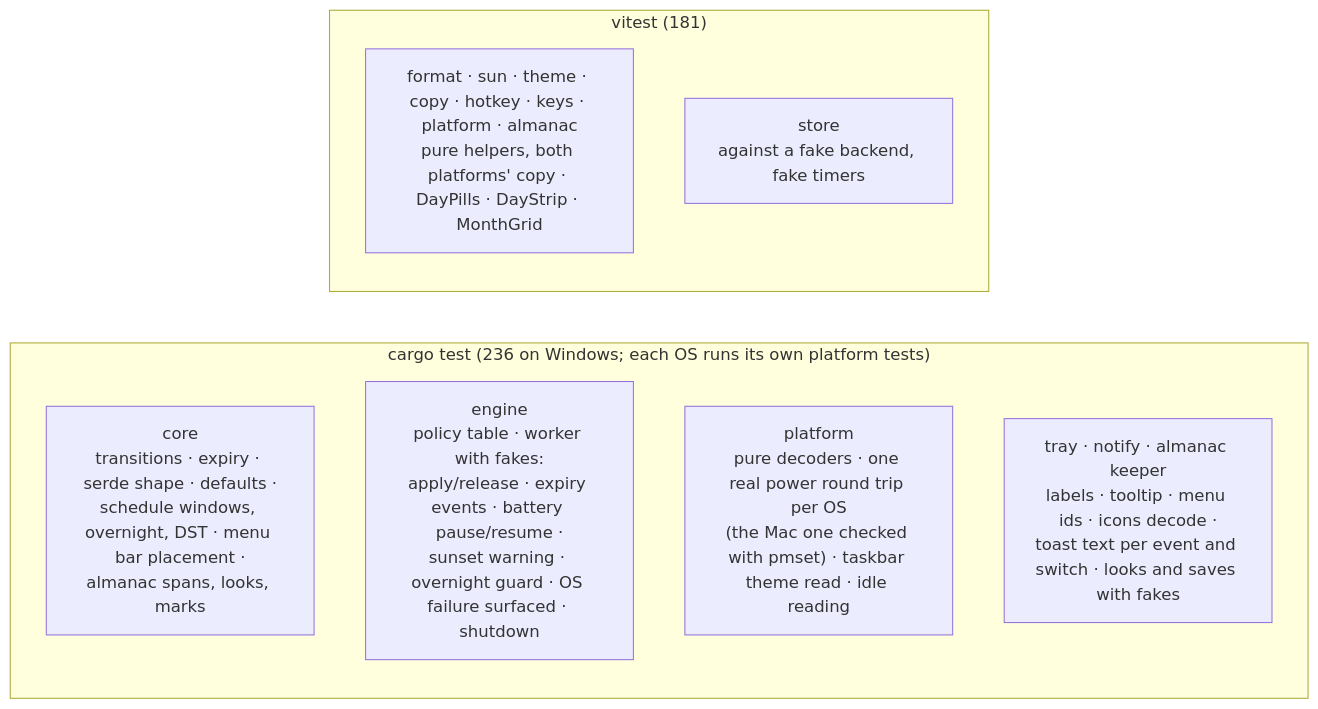
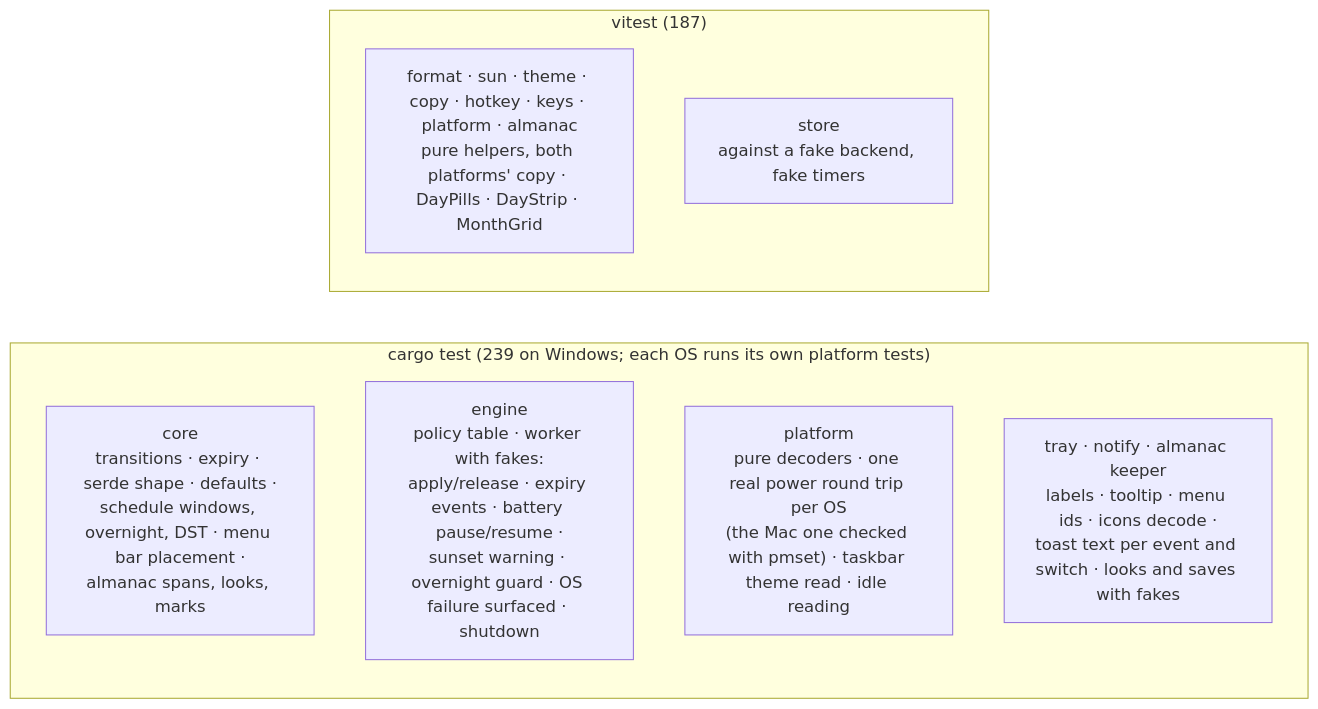
Before and after one commit to ax5hay/KeepMeAwake: the fourth of 4 diagrams in docs/development.md, drawn with Mermaid. The commit also changed 11 other files, not shown here.

````diff
--- a/docs/development.md
+++ b/docs/development.md
@@ -182,13 +182,13 @@
 ```mermaid
 flowchart LR
-    subgraph rust["cargo test (236 on Windows; each OS runs its own platform tests)"]
+    subgraph rust["cargo test (239 on Windows; each OS runs its own platform tests)"]
         core_t["core<br/>transitions · expiry · serde shape · defaults ·<br/>schedule windows, overnight, DST · menu bar placement ·<br/>almanac spans, looks, marks"]
         engine_t["engine<br/>policy table · worker with fakes:<br/>apply/release · expiry events · battery pause/resume ·<br/>sunset warning · overnight guard · OS failure surfaced · shutdown"]
         platform_t["platform<br/>pure decoders · one real power round trip per OS<br/>(the Mac one checked with pmset) · taskbar theme read · idle reading"]
         tray_t["tray · notify · almanac keeper<br/>labels · tooltip · menu ids · icons decode ·<br/>toast text per event and switch · looks and saves with fakes"]
     end
-    subgraph ui["vitest (181)"]
+    subgraph ui["vitest (187)"]
         fmt["format · sun · theme · copy · hotkey · keys · platform · almanac<br/>pure helpers, both platforms' copy · DayPills · DayStrip · MonthGrid"]
         store_t["store<br/>against a fake backend, fake timers"]
     end
 ```
````
